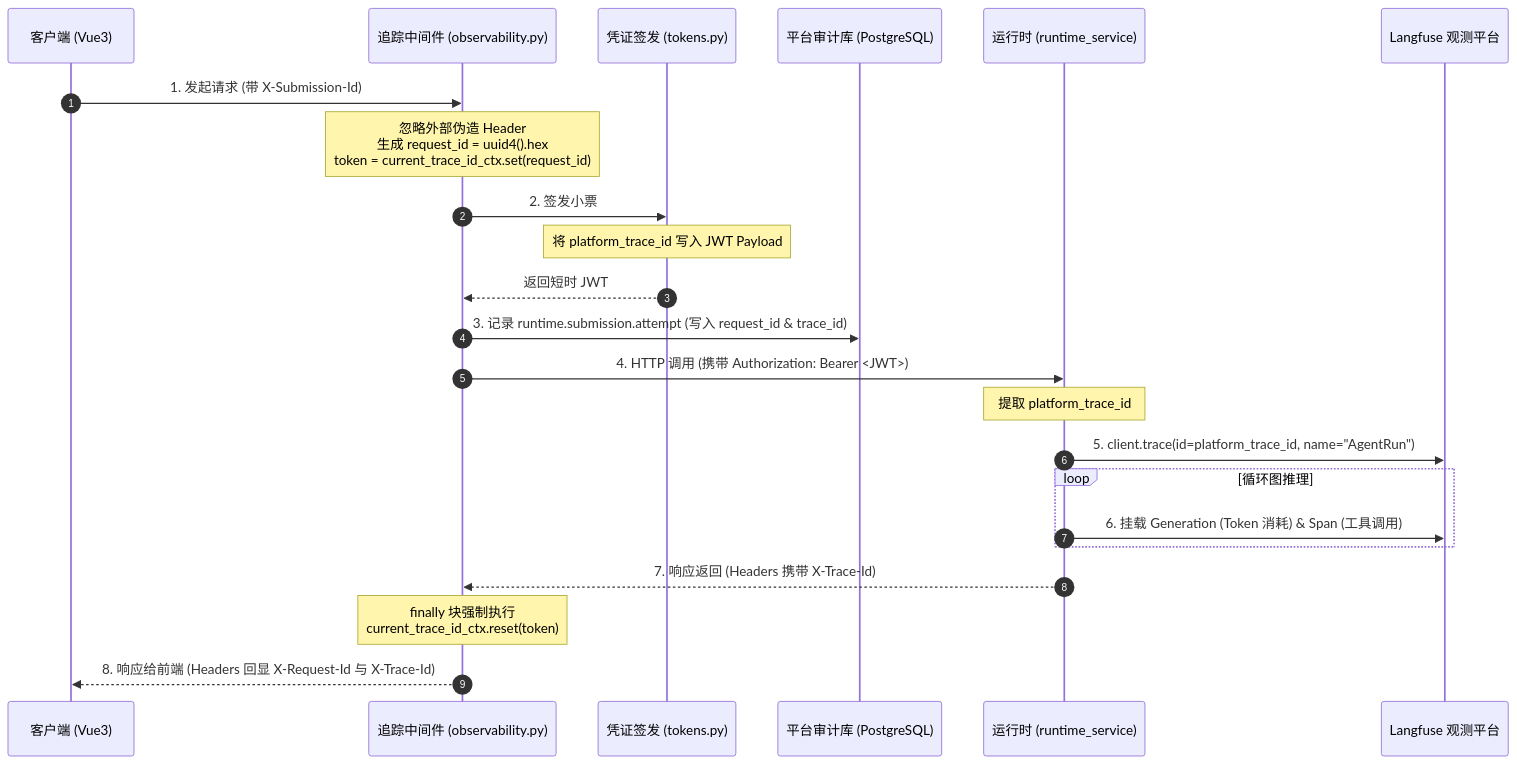
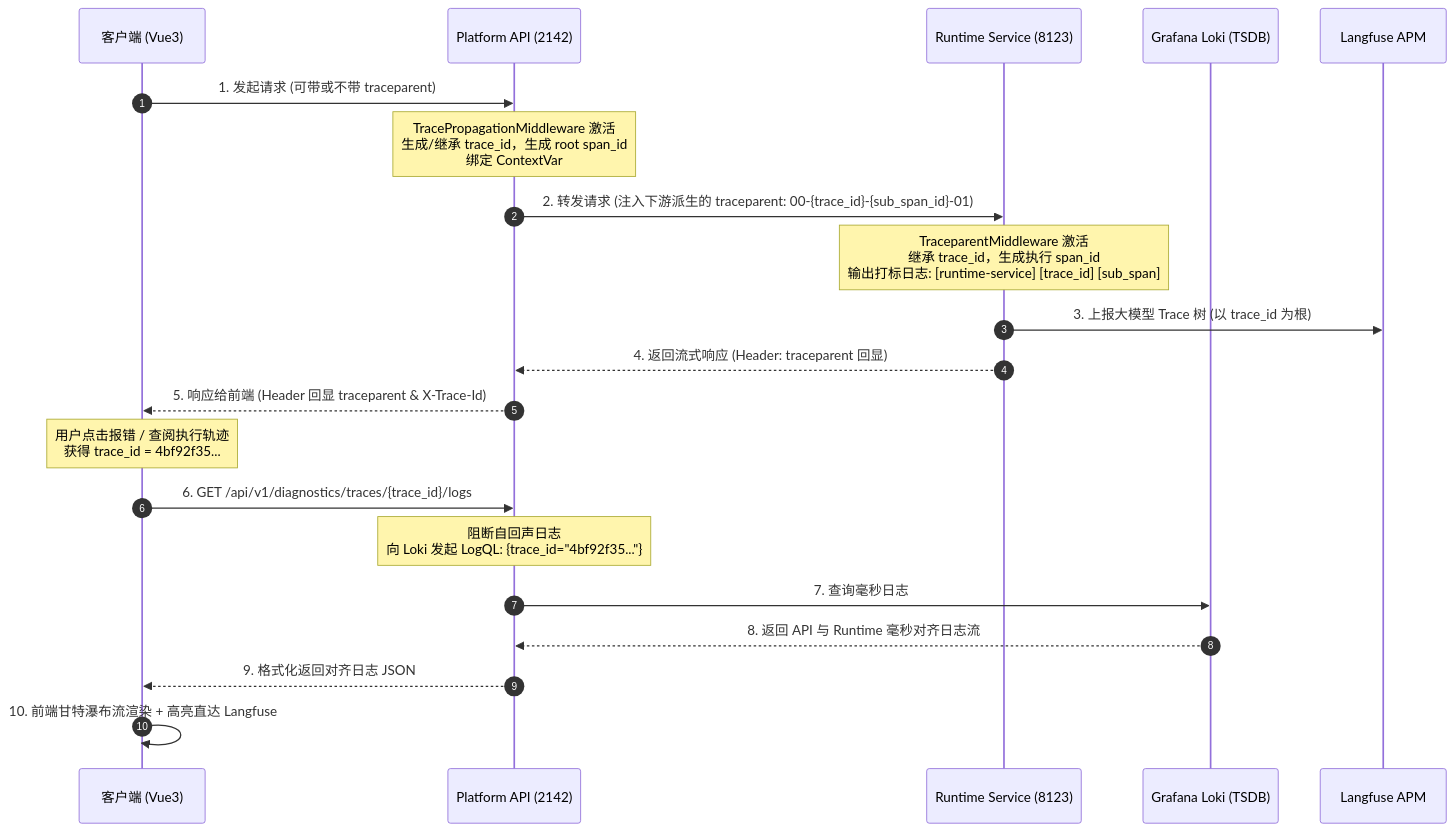
Before and after one commit to ljxpython/ai-agent-platform: the diagram in docs/architecture/02-cross-cutting/04-trace-and-observability.md, drawn with Mermaid. The commit also changed other lines of this file and 33 other files, not shown here.

First line of the commit message:
docs(architecture): 全面同步 10 月份 52 项核心能力与架构技术资产

````diff
--- a/docs/architecture/02-cross-cutting/04-trace-and-observability.md
+++ b/docs/architecture/02-cross-cutting/04-trace-and-observability.md
@@ -108,31 +130,26 @@
 ```mermaid
 sequenceDiagram
     autonumber
-    participant Client as 客户端 (Vue3)
-    participant Middleware as 追踪中间件 (observability.py)
-    participant TokenSigner as 凭证签发 (tokens.py)
-    participant AuditDB as 平台审计库 (PostgreSQL)
-    participant RuntimeAPI as 运行时 (runtime_service)
-    participant Langfuse as Langfuse 观测平台
+    participant Browser as 客户端 (Vue3)
+    participant Gateway as Platform API (2142)
+    participant Runtime as Runtime Service (8123)
+    participant Loki as Grafana Loki (TSDB)
+    participant Langfuse as Langfuse APM
 
-    Client->>Middleware: 1. 发起请求 (带 X-Submission-Id)
-    Note over Middleware: 忽略外部伪造 Header<br>生成 request_id = uuid4().hex<br>token = current_trace_id_ctx.set(request_id)
+    Browser->>Gateway: 1. 发起请求 (可带或不带 traceparent)
+    Note over Gateway: TracePropagationMiddleware 激活<br>生成/继承 trace_id，生成 root span_id<br>绑定 ContextVar
+    Gateway->>Runtime: 2. 转发请求 (注入下游派生的 traceparent: 00-{trace_id}-{sub_span_id}-01)
+    Note over Runtime: TraceparentMiddleware 激活<br>继承 trace_id，生成执行 span_id<br>输出打标日志: [runtime-service] [trace_id] [sub_span]
+    Runtime->>Langfuse: 3. 上报大模型 Trace 树 (以 trace_id 为根)
+    Runtime-->>Gateway: 4. 返回流式响应 (Header: traceparent 回显)
+    Gateway-->>Browser: 5. 响应给前端 (Header 回显 traceparent & X-Trace-Id)
 
-    Middleware->>TokenSigner: 2. 签发小票
-    Note over TokenSigner: 将 platform_trace_id 写入 JWT Payload
-    TokenSigner-->>Middleware: 返回短时 JWT
-
-    Middleware->>AuditDB: 3. 记录 runtime.submission.attempt (写入 request_id & trace_id)
-    Middleware->>RuntimeAPI: 4. HTTP 调用 (携带 Authorization: Bearer <JWT>)
-
-    Note over RuntimeAPI: 提取 platform_trace_id
-    RuntimeAPI->>Langfuse: 5. client.trace(id=platform_trace_id, name="AgentRun")
-
-    loop 循环图推理
-        RuntimeAPI->>Langfuse: 6. 挂载 Generation (Token 消耗) & Span (工具调用)
-    end
-
-    RuntimeAPI-->>Middleware: 7. 响应返回 (Headers 携带 X-Trace-Id)
-    Note over Middleware: finally 块强制执行<br>current_trace_id_ctx.reset(token)
-    Middleware-->>Client: 8. 响应给前端 (Headers 回显 X-Request-Id 与 X-Trace-Id)
+    %% 毫秒排障穿透场景
+    Note over Browser: 用户点击报错 / 查阅执行轨迹<br>获得 trace_id = 4bf92f35...
+    Browser->>Gateway: 6. GET /api/v1/diagnostics/traces/{trace_id}/logs
+    Note over Gateway: 阻断自回声日志<br>向 Loki 发起 LogQL: {trace_id="4bf92f35..."}
+    Gateway->>Loki: 7. 查询毫秒日志
+    Loki-->>Gateway: 8. 返回 API 与 Runtime 毫秒对齐日志流
+    Gateway-->>Browser: 9. 格式化返回对齐日志 JSON
+    Browser->>Browser: 10. 前端甘特瀑布流渲染 + 高亮直达 Langfuse
 ```
````
